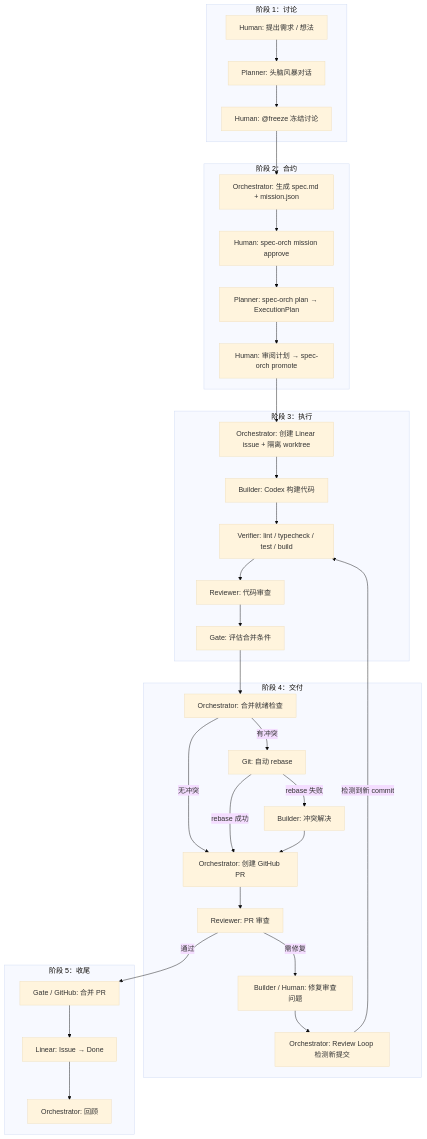
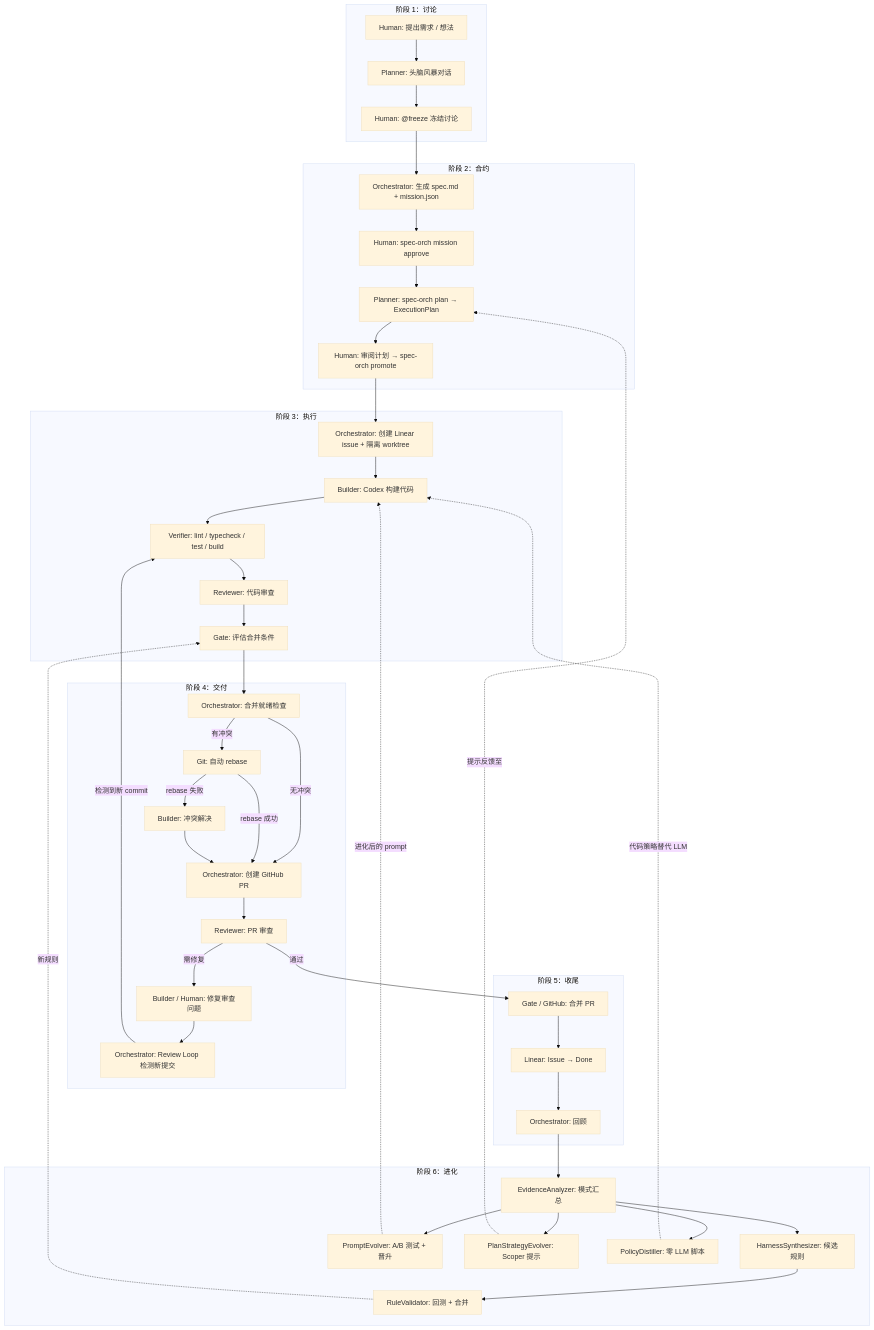
Before and after one commit to fakechris/spec-orch: the first of 3 diagrams in docs/architecture/pipeline-roles-and-stages.zh.md, drawn with Mermaid (base theme). The commit also changed other lines of this file and 10 other files, not shown here.

````diff
--- a/docs/architecture/pipeline-roles-and-stages.zh.md
+++ b/docs/architecture/pipeline-roles-and-stages.zh.md
@@ -25,54 +26,72 @@
 ```mermaid
 flowchart TD
     subgraph phase1 ["阶段 1：讨论"]
         H1["Human: 提出需求 / 想法"]
         P1["Planner: 头脑风暴对话"]
         F1["Human: @freeze 冻结讨论"]
     end
 
     subgraph phase2 ["阶段 2：合约"]
         M1["Orchestrator: 生成 spec.md + mission.json"]
         H2["Human: spec-orch mission approve"]
         P2["Planner: spec-orch plan → ExecutionPlan"]
         H3["Human: 审阅计划 → spec-orch promote"]
     end
 
     subgraph phase3 ["阶段 3：执行"]
         O1["Orchestrator: 创建 Linear issue + 隔离 worktree"]
         B1["Builder: Codex 构建代码"]
         V1["Verifier: lint / typecheck / test / build"]
         R1["Reviewer: 代码审查"]
         G1["Gate: 评估合并条件"]
     end
 
     subgraph phase4 ["阶段 4：交付"]
         MR1["Orchestrator: 合并就绪检查"]
         RB1["Git: 自动 rebase"]
         RB2["Builder: 冲突解决"]
         PR1["Orchestrator: 创建 GitHub PR"]
         RV1["Reviewer: PR 审查"]
         FIX1["Builder / Human: 修复审查问题"]
         RL1["Orchestrator: Review Loop 检测新提交"]
     end
 
     subgraph phase5 ["阶段 5：收尾"]
         MG1["Gate / GitHub: 合并 PR"]
         LN1["Linear: Issue → Done"]
         RT1["Orchestrator: 回顾"]
     end
 
+    subgraph phase6 ["阶段 6：进化"]
+        EA1["EvidenceAnalyzer: 模式汇总"]
+        HS1["HarnessSynthesizer: 候选规则"]
+        RV2["RuleValidator: 回测 + 合并"]
+        PE1["PromptEvolver: A/B 测试 + 晋升"]
+        SE1["PlanStrategyEvolver: Scoper 提示"]
+        PD1["PolicyDistiller: 零 LLM 脚本"]
+    end
+
     H1 --> P1 --> F1 --> M1 --> H2 --> P2 --> H3
     H3 --> O1 --> B1 --> V1 --> R1 --> G1
     G1 --> MR1
     MR1 -->|"无冲突"| PR1
     MR1 -->|"有冲突"| RB1
     RB1 -->|"rebase 成功"| PR1
     RB1 -->|"rebase 失败"| RB2
     RB2 --> PR1
     PR1 --> RV1
     RV1 -->|"通过"| MG1
     RV1 -->|"需修复"| FIX1
     FIX1 --> RL1
     RL1 -->|"检测到新 commit"| V1
     MG1 --> LN1 --> RT1
+    RT1 --> EA1
+    EA1 --> HS1 --> RV2
+    EA1 --> PE1
+    EA1 --> SE1
+    EA1 --> PD1
+    SE1 -.->|"提示反馈至"| P2
+    PE1 -.->|"进化后的 prompt"| B1
+    RV2 -.->|"新规则"| G1
+    PD1 -.->|"代码策略替代 LLM"| B1
 ```
````
